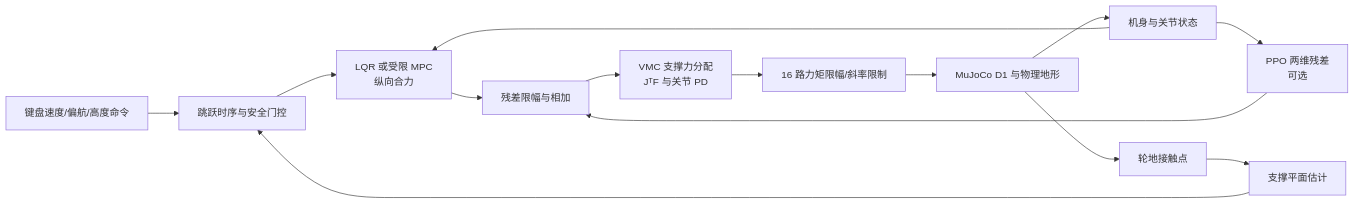
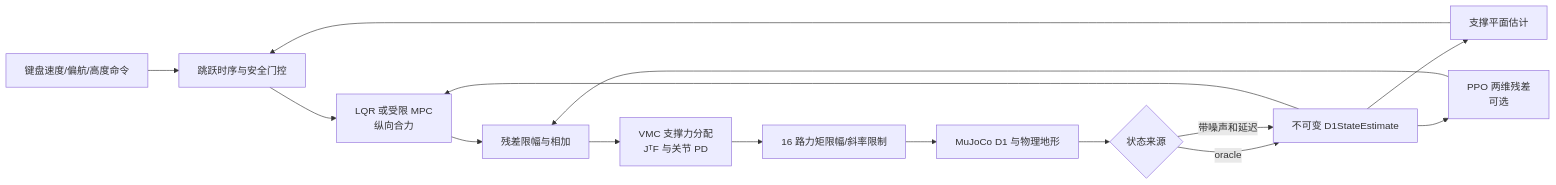
Before and after one commit to LYHrmer/wheel-legged-control-lab: the diagram in README.md, drawn with Mermaid. The commit also changed other lines of this file and 26 other files, not shown here.

````diff
--- a/README.md
+++ b/README.md
@@ -76,16 +92,17 @@
 ```mermaid
 flowchart LR
     K[键盘速度/偏航/高度命令] --> G[跳跃时序与安全门控]
-    C[轮地接触点] --> E[支撑平面估计]
+    M[MuJoCo D1 与物理地形] --> U{状态来源}
+    U -->|oracle| S[不可变 D1StateEstimate]
+    U -->|带噪声和延迟| S
+    S --> E[支撑平面估计]
     E --> G
     G --> O[LQR 或受限 MPC<br/>纵向合力]
-    S[机身与关节状态] --> O
+    S --> O
     S --> R[PPO 两维残差<br/>可选]
     O --> A[残差限幅与相加]
     R --> A
     A --> V[VMC 支撑力分配<br/>JᵀF 与关节 PD]
     V --> T[16 路力矩限幅/斜率限制]
-    T --> M[MuJoCo D1 与物理地形]
-    M --> S
-    M --> C
+    T --> M
 ```
````
